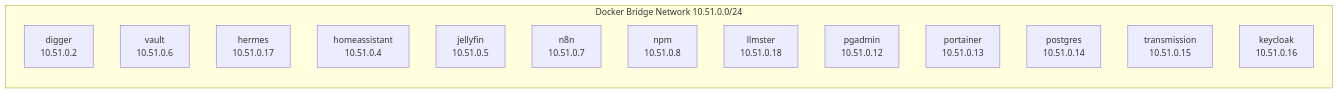
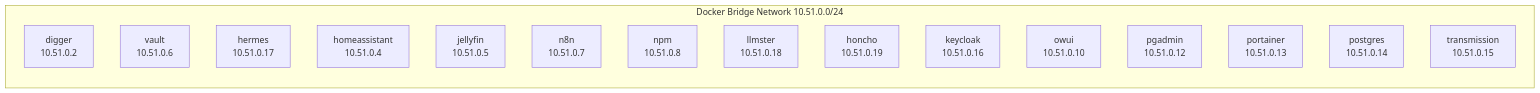
The second of 5 diagrams in docs/architecture.md (mouralx/homelab), drawn with Mermaid before and after one commit. The commit also changed other lines of this file and 7 other files, not shown here.

````diff
--- a/docs/architecture.md
+++ b/docs/architecture.md
@@ -103,32 +113,21 @@
 ```mermaid
 flowchart LR
     subgraph "Docker Bridge Network 10.51.0.0/24"
         direction TB
-        digger["digger
-10.51.0.2"]
-        vault["vault
-10.51.0.6"]
-        hermes["hermes
-10.51.0.17"]
-        ha["homeassistant
-10.51.0.4"]
-        jellyfin["jellyfin
-10.51.0.5"]
-        n8n["n8n
-10.51.0.7"]
-        npm["npm
-10.51.0.8"]
-        llmster["llmster
-10.51.0.18"]
-        pgadmin["pgadmin
-10.51.0.12"]
-        portainer["portainer
-10.51.0.13"]
-        postgres["postgres
-10.51.0.14"]
-        transmission["transmission
-10.51.0.15"]
-        keycloak["keycloak
-10.51.0.16"]
+        digger["digger\n10.51.0.2"]
+        vault["vault\n10.51.0.6"]
+        hermes["hermes\n10.51.0.17"]
+        ha["homeassistant\n10.51.0.4"]
+        jellyfin["jellyfin\n10.51.0.5"]
+        n8n["n8n\n10.51.0.7"]
+        npm["npm\n10.51.0.8"]
+        llmster["llmster\n10.51.0.18"]
+        honcho["honcho\n10.51.0.19"]
+        keycloak["keycloak\n10.51.0.16"]
+        owui["owui\n10.51.0.10"]
+        pgadmin["pgadmin\n10.51.0.12"]
+        portainer["portainer\n10.51.0.13"]
+        postgres["postgres\n10.51.0.14"]
+        transmission["transmission\n10.51.0.15"]
     end
 ```
````
